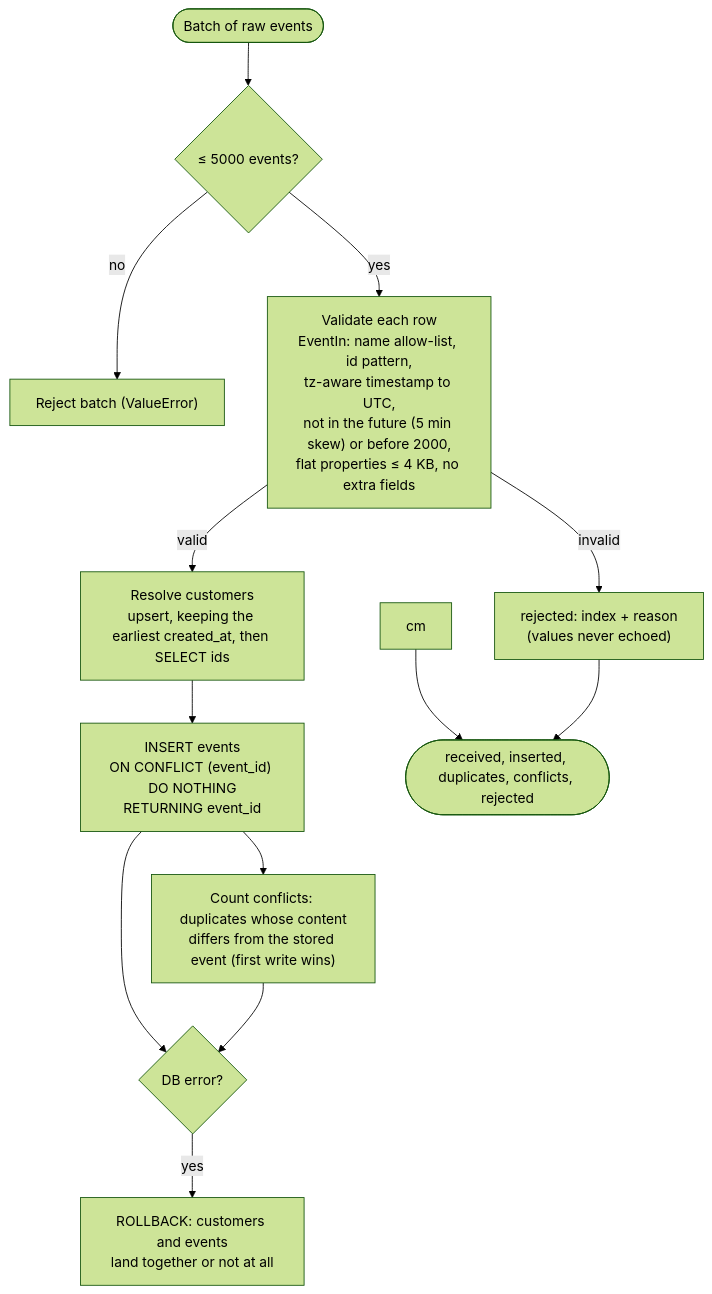
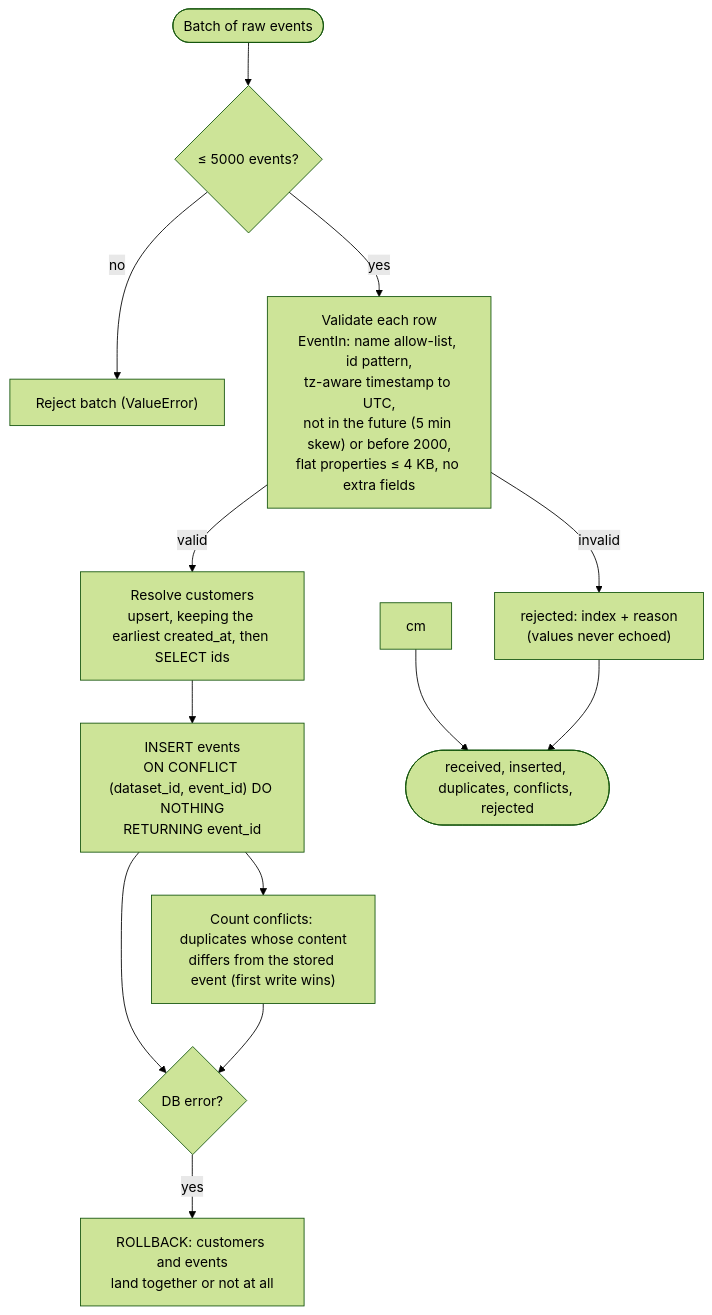
The fourth of 7 diagrams in docs/03-system-design.md (yashdiwan12/Churnscope), drawn with Mermaid (forest theme) before and after one commit. The commit also changed other lines of this file and 16 other files, not shown here.

````diff
--- a/docs/03-system-design.md
+++ b/docs/03-system-design.md
@@ -116,15 +121,15 @@
 ```mermaid
 flowchart TD
     b(["Batch of raw events"]) --> sz{"≤ 5000 events?"}
     sz -- no --> err["Reject batch (ValueError)"]
     sz -- yes --> v["Validate each row<br/>EventIn: name allow-list, id pattern,<br/>tz-aware timestamp to UTC,<br/>not in the future (5 min skew) or before 2000,<br/>flat properties ≤ 4 KB, no extra fields"]
     v -- invalid --> rej["rejected: index + reason<br/>(values never echoed)"]
     v -- valid --> cu["Resolve customers<br/>upsert, keeping the earliest created_at, then SELECT ids"]
-    cu --> ins["INSERT events<br/>ON CONFLICT (event_id) DO NOTHING<br/>RETURNING event_id"]
+    cu --> ins["INSERT events<br/>ON CONFLICT (dataset_id, event_id) DO NOTHING<br/>RETURNING event_id"]
     ins --> cf["Count conflicts: duplicates whose content<br/>differs from the stored event (first write wins)"]
     ins --> ok{"DB error?"}
     ok -- yes --> rb["ROLLBACK: customers and events<br/>land together or not at all"]
     cf --> ok
     cm --> res(["received, inserted, duplicates, conflicts, rejected"])
     rej --> res
 ```
````
